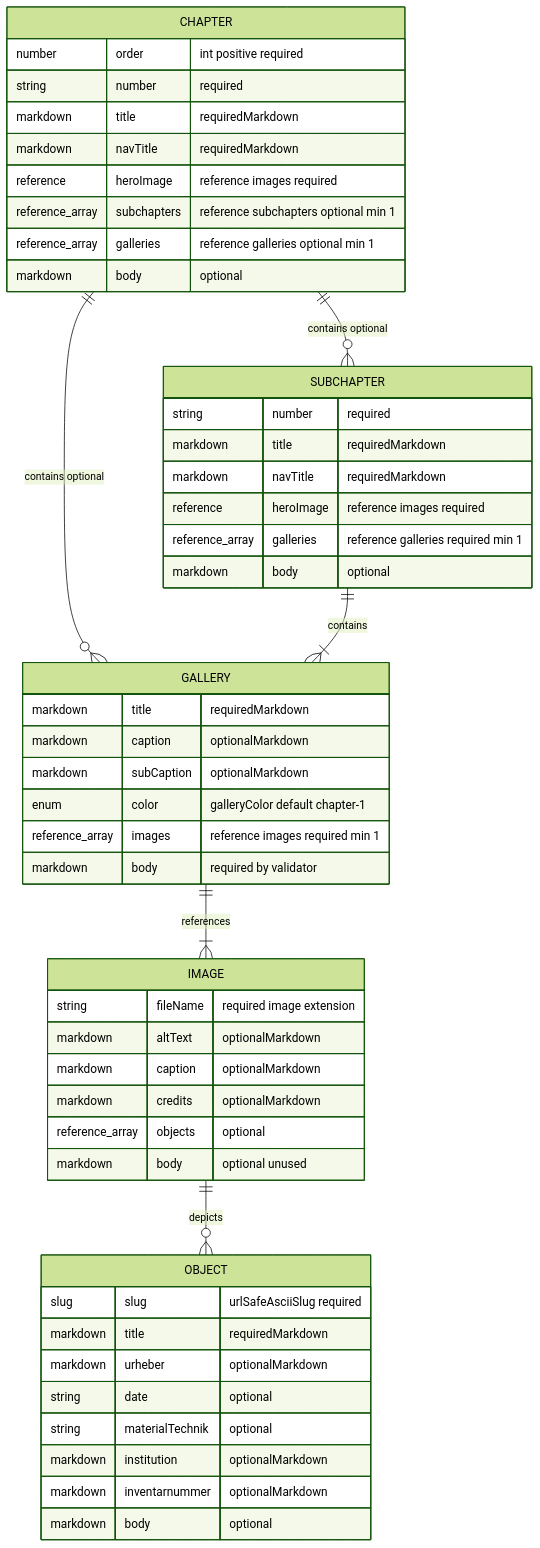
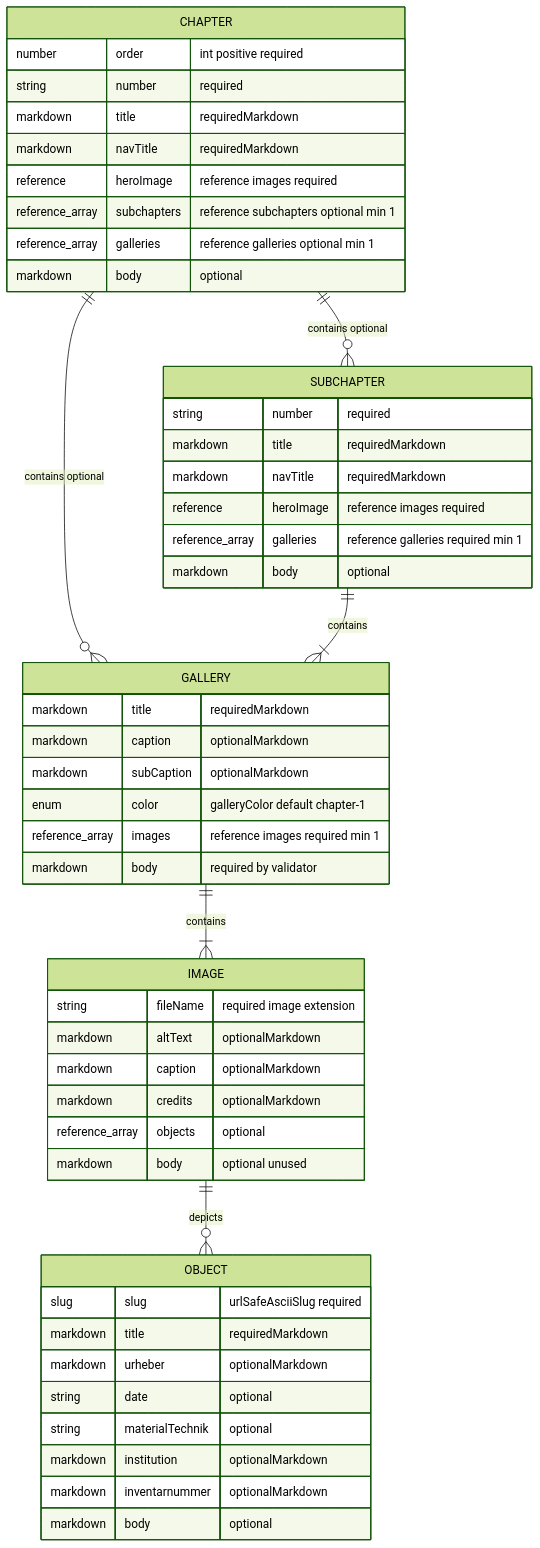
One commit to Theodor-Springmann-Stiftung/hebel-ausstellung changed the diagram in docs/content-model.md. Above: the diagram before and after it, drawn with Mermaid (forest theme). The commit also changed other lines of this file, not shown here.

````diff
--- a/docs/content-model.md
+++ b/docs/content-model.md
@@ -226,57 +274,57 @@
 ```mermaid
 erDiagram
   CHAPTER ||--o{ SUBCHAPTER : "contains optional"
   CHAPTER ||--o{ GALLERY : "contains optional"
   SUBCHAPTER ||--|{ GALLERY : "contains"
-  GALLERY ||--|{ IMAGE : "references"
+  GALLERY ||--|{ IMAGE : "contains"
   IMAGE ||--o{ OBJECT : "depicts"
 
   CHAPTER {
     number order "int positive required"
     string number "required"
     markdown title "requiredMarkdown"
     markdown navTitle "requiredMarkdown"
     reference heroImage "reference images required"
     reference_array subchapters "reference subchapters optional min 1"
     reference_array galleries "reference galleries optional min 1"
     markdown body "optional"
   }
 
   SUBCHAPTER {
     string number "required"
     markdown title "requiredMarkdown"
     markdown navTitle "requiredMarkdown"
     reference heroImage "reference images required"
     reference_array galleries "reference galleries required min 1"
     markdown body "optional"
   }
 
   GALLERY {
     markdown title "requiredMarkdown"
     markdown caption "optionalMarkdown"
     markdown subCaption "optionalMarkdown"
     enum color "galleryColor default chapter-1"
     reference_array images "reference images required min 1"
     markdown body "required by validator"
   }
 
   IMAGE {
     string fileName "required image extension"
     markdown altText "optionalMarkdown"
     markdown caption "optionalMarkdown"
     markdown credits "optionalMarkdown"
     reference_array objects "optional"
     markdown body "optional unused"
   }
 
   OBJECT {
     slug slug "urlSafeAsciiSlug required"
     markdown title "requiredMarkdown"
     markdown urheber "optionalMarkdown"
     string date "optional"
     string materialTechnik "optional"
     markdown institution "optionalMarkdown"
     markdown inventarnummer "optionalMarkdown"
     markdown body "optional"
   }
 ```
````
